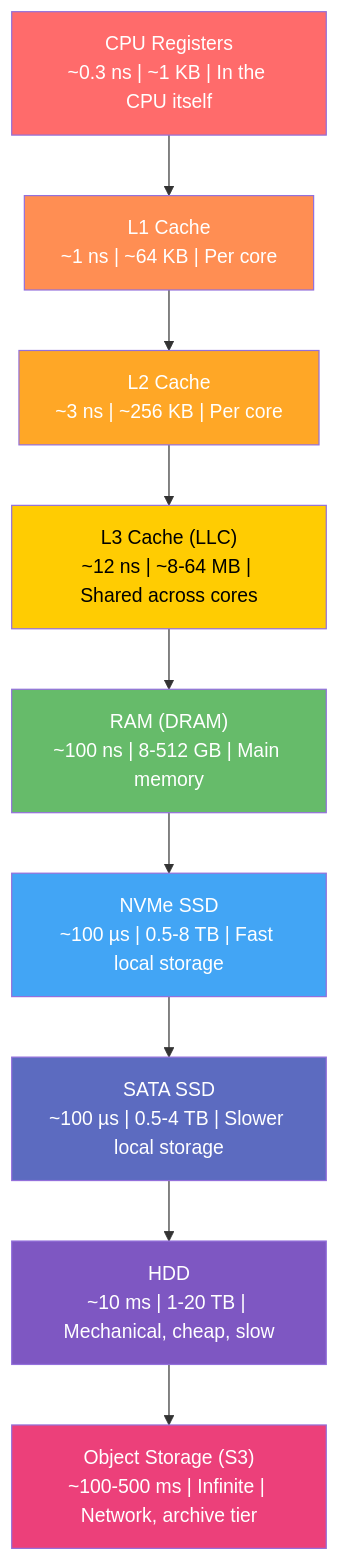
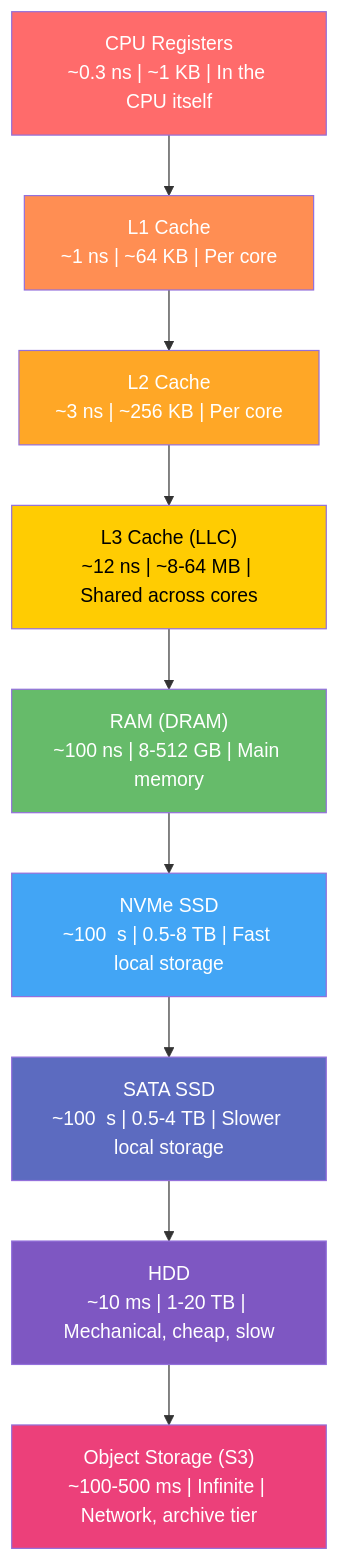
Before and after one commit to ranjeetnegi/System-Design-for-Staff-SWE: the eighth of 13 diagrams in Section0/Chapter_3_OS_Fundamentals.md, drawn with Mermaid. The commit also changed other lines of this file and 11 other files, not shown here.

````diff
--- a/Section0/Chapter_3_OS_Fundamentals.md
+++ b/Section0/Chapter_3_OS_Fundamentals.md
@@ -837,21 +837,21 @@
 ```mermaid
 graph TD
     A["CPU Registers<br/>~0.3 ns | ~1 KB | In the CPU itself"] --> B["L1 Cache<br/>~1 ns | ~64 KB | Per core"]
     B --> C["L2 Cache<br/>~3 ns | ~256 KB | Per core"]
     C --> D["L3 Cache (LLC)<br/>~12 ns | ~8-64 MB | Shared across cores"]
     D --> E["RAM (DRAM)<br/>~100 ns | 8-512 GB | Main memory"]
-    E --> F["NVMe SSD<br/>~100 µs | 0.5-8 TB | Fast local storage"]
-    F --> G["SATA SSD<br/>~100 µs | 0.5-4 TB | Slower local storage"]
+    E --> F["NVMe SSD<br/>~100  s | 0.5-8 TB | Fast local storage"]
+    F --> G["SATA SSD<br/>~100  s | 0.5-4 TB | Slower local storage"]
     G --> H["HDD<br/>~10 ms | 1-20 TB | Mechanical, cheap, slow"]
     H --> I["Object Storage (S3)<br/>~100-500 ms | Infinite | Network, archive tier"]
 
     style A fill:#ff6b6b,color:#fff
     style B fill:#ff8e53,color:#fff
     style C fill:#ffa726,color:#fff
     style D fill:#ffcc02,color:#000
     style E fill:#66bb6a,color:#fff
     style F fill:#42a5f5,color:#fff
     style G fill:#5c6bc0,color:#fff
     style H fill:#7e57c2,color:#fff
     style I fill:#ec407a,color:#fff
 ```
````
